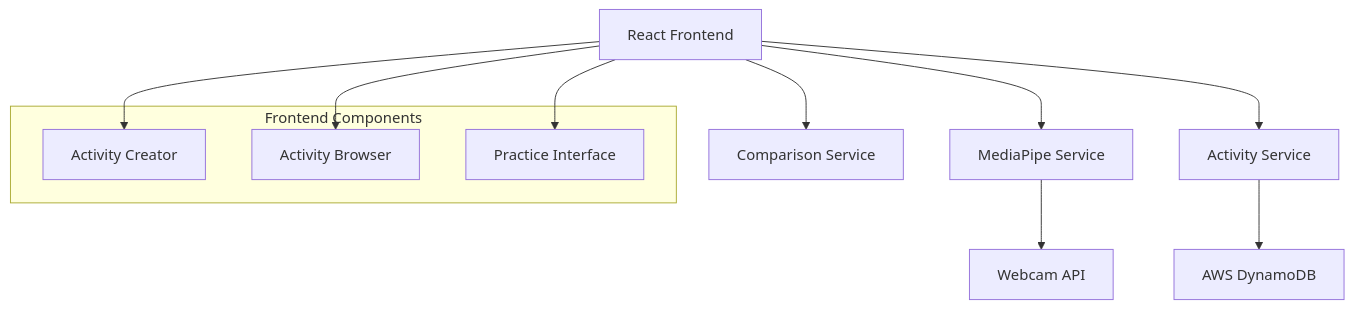
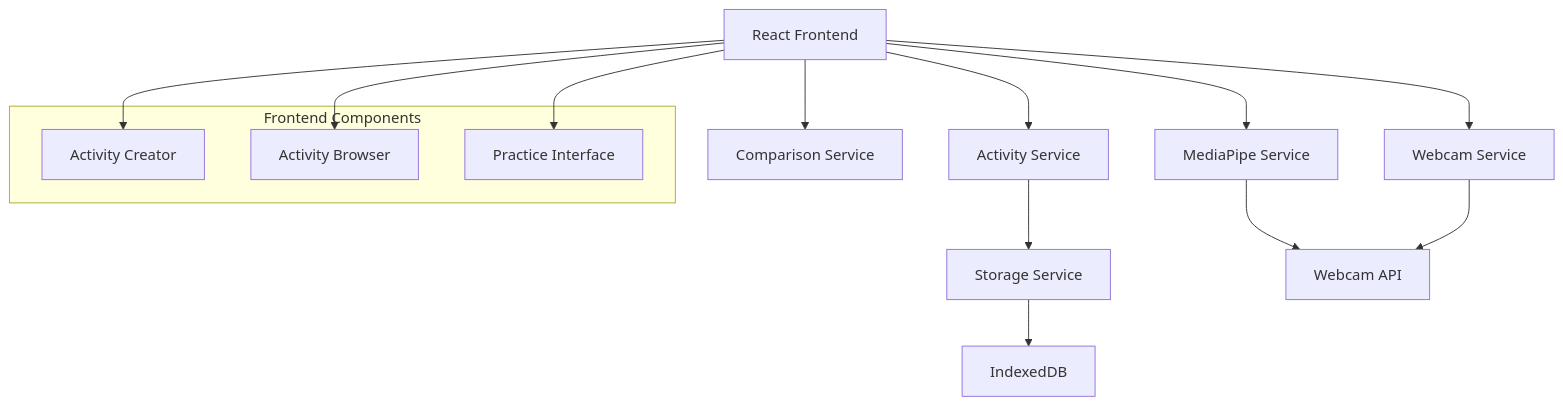
Before and after one commit to artemu78/GymParrot: the diagram in .kiro/specs/activity-system/design.md, drawn with Mermaid. The commit also changed other lines of this file and 14 other files, not shown here.

````diff
--- a/.kiro/specs/activity-system/design.md
+++ b/.kiro/specs/activity-system/design.md
@@ -11,18 +11,21 @@
 ```mermaid
 graph TB
     A[React Frontend] --> B[MediaPipe Service]
     A --> C[Activity Service]
     A --> D[Comparison Service]
-    C --> E[AWS DynamoDB]
-    B --> F[Webcam API]
+    A --> E[Webcam Service]
+    C --> F[Storage Service]
+    F --> G[IndexedDB]
+    B --> H[Webcam API]
+    E --> H
 
     subgraph "Frontend Components"
-        G[Activity Creator]
-        H[Activity Browser]
-        I[Practice Interface]
+        I[Activity Creator]
+        J[Activity Browser]
+        K[Practice Interface]
     end
 
-    A --> G
-    A --> H
     A --> I
+    A --> J
+    A --> K
 ```
````
